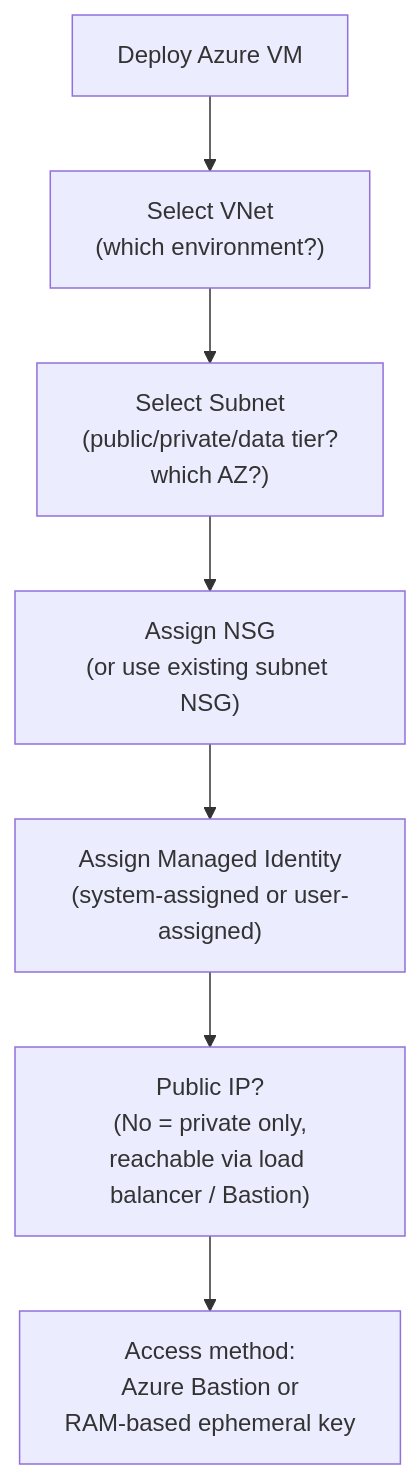
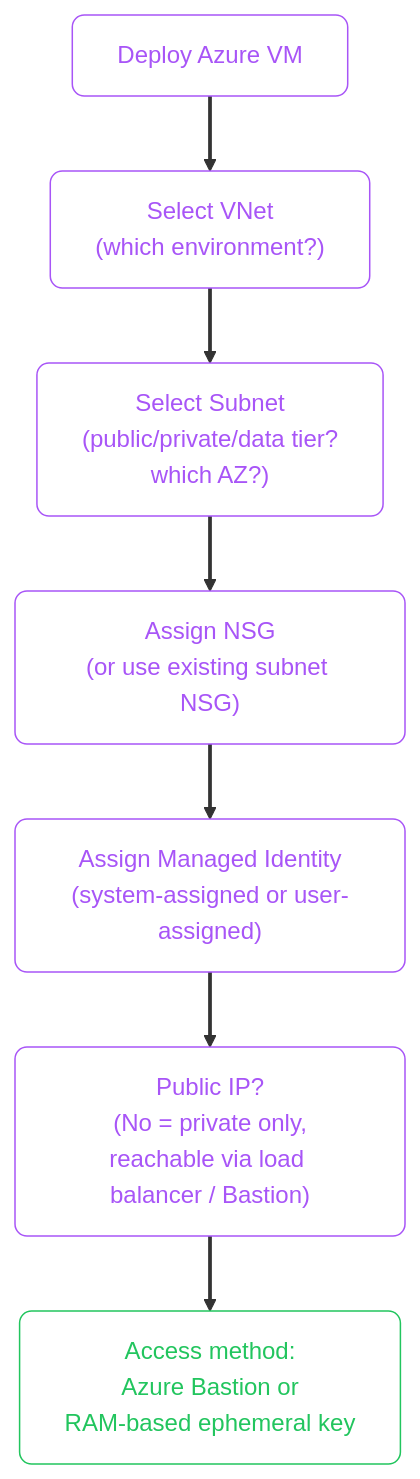
The sixth of 6 diagrams in src/content/cloud/azure/02-intro-vms.mdx (zafarale/cloudification), drawn with Mermaid before and after one commit. The commit also changed other lines of this file and 84 other files, not shown here.

````diff
--- a/src/content/cloud/azure/02-intro-vms.mdx
+++ b/src/content/cloud/azure/02-intro-vms.mdx
@@ -212,12 +248,18 @@
 ```mermaid
 flowchart TD
-    LAUNCH["Deploy Azure VM"]
-    VNET["Select VNet\n(which environment?)"]
-    SUBNET["Select Subnet\n(public/private/data tier?\nwhich AZ?)"]
-    NSG["Assign NSG\n(or use existing subnet NSG)"]
-    MI["Assign Managed Identity\n(system-assigned or user-assigned)"]
-    PIP["Public IP?\n(No = private only,\nreachable via load balancer / Bastion)"]
-    SSH["Access method:\nAzure Bastion or\nRAM-based ephemeral key"]
+    accTitle: Network Placement and Security
+    accDescr: Flowchart (td) showing Deploy Azure VM, which environment, public/private/data tier which AZ
+    classDef step fill:none,stroke:#a855f7,color:#a855f7,rx:8,ry:8
+    classDef ok   fill:none,stroke:#22c55e,color:#22c55e,rx:8,ry:8
+    linkStyle default stroke-width:2.5px
+
+    LAUNCH["Deploy Azure VM"]:::step
+    VNET["Select VNet<br/>(which environment?)"]:::step
+    SUBNET["Select Subnet<br/>(public/private/data tier?<br/>which AZ?)"]:::step
+    NSG["Assign NSG<br/>(or use existing subnet NSG)"]:::step
+    MI["Assign Managed Identity<br/>(system-assigned or user-assigned)"]:::step
+    PIP["Public IP?<br/>(No = private only,<br/>reachable via load balancer / Bastion)"]:::step
+    SSH["Access method:<br/>Azure Bastion or<br/>RAM-based ephemeral key"]:::ok
 
     LAUNCH --> VNET --> SUBNET --> NSG --> MI --> PIP --> SSH
 ```
````
